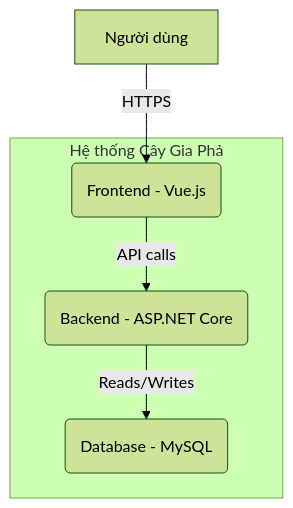
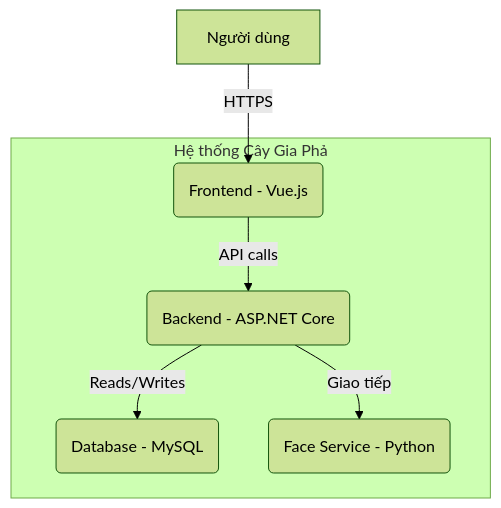
Before and after one commit to hkthao/family-tree-3: the second of 6 diagrams in docs/engineering/architecture.md, drawn with Mermaid (forest theme). The commit also changed other lines of this file, not shown here.

First line of the commit message:
docs: Further update architecture.md with comprehensive external AI services

````diff
--- a/docs/engineering/architecture.md
+++ b/docs/engineering/architecture.md
@@ -36,9 +34,10 @@
 ```mermaid
 graph TD
     subgraph "Hệ thống Cây Gia Phả"
         A(Frontend - Vue.js) -->|API calls| B(Backend - ASP.NET Core)
         B -->|Reads/Writes| C(Database - MySQL)
+        B -->|Giao tiếp| D(Face Service - Python)
     end
 
-    D[Người dùng] -->|HTTPS| A
+    E[Người dùng] -->|HTTPS| A
 ```
````
